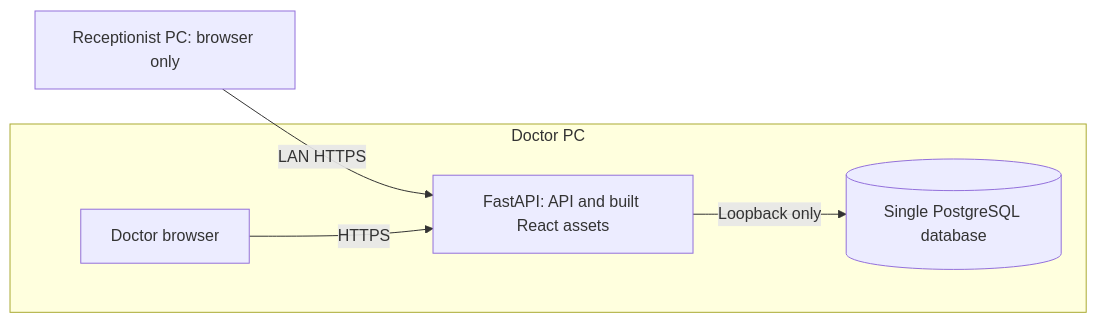
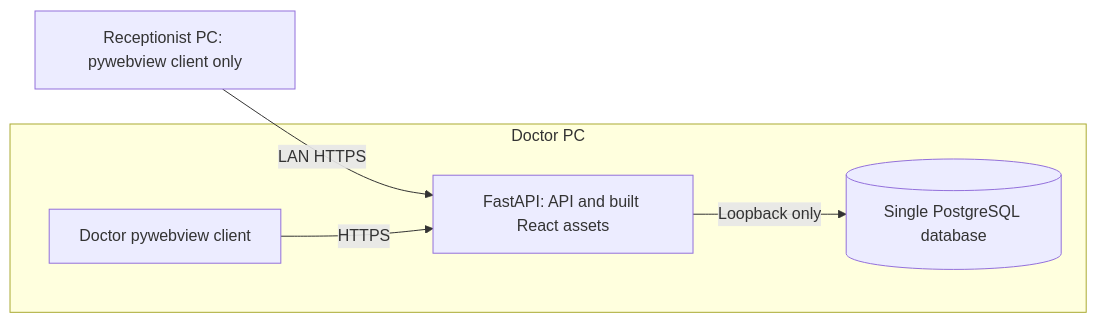
Before and after one commit to MohanadMohamed/clinc-final: the diagram in docs/architecture/ADR-001.md, drawn with Mermaid. The commit also changed other lines of this file and 5 other files, not shown here.

````diff
--- a/docs/architecture/ADR-001.md
+++ b/docs/architecture/ADR-001.md
@@ -9,8 +9,8 @@
 ```mermaid
 flowchart LR
-  R[Receptionist PC: browser only] -->|LAN HTTPS| A
+  R[Receptionist PC: pywebview client only] -->|LAN HTTPS| A
   subgraph D[Doctor PC]
-    U[Doctor browser] -->|HTTPS| A[FastAPI: API and built React assets]
+    U[Doctor pywebview client] -->|HTTPS| A[FastAPI: API and built React assets]
     A -->|Loopback only| P[(Single PostgreSQL database)]
   end
 ```
````
